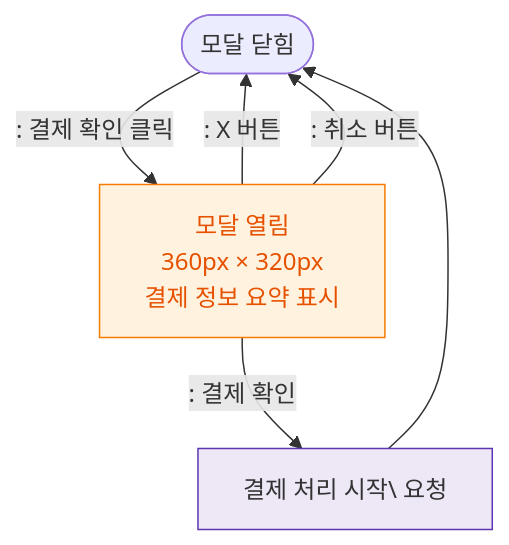
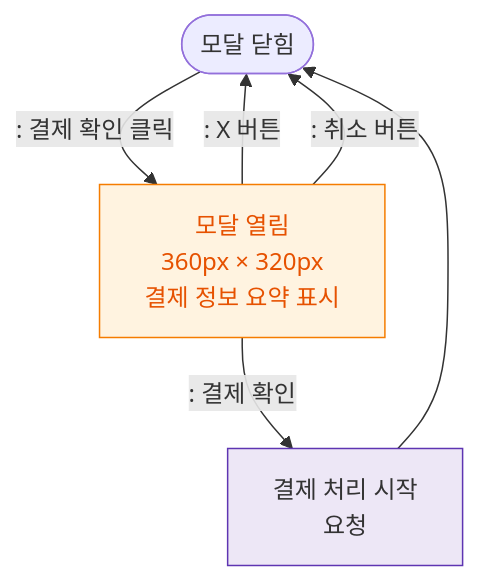
The diagram in docs/admin/다이어그램/D03_매출관리/DLG-S003_결제확인/M1_모달생명주기.md (dev-spogym/admin-pando), drawn with Mermaid before and after one commit. The commit also changed 369 other files, not shown here.

````diff
--- a/docs/admin/다이어그램/D03_매출관리/DLG-S003_결제확인/M1_모달생명주기.md
+++ b/docs/admin/다이어그램/D03_매출관리/DLG-S003_결제확인/M1_모달생명주기.md
@@ -18,17 +18,17 @@
 ```mermaid
 flowchart TD
     CLOSED([모달 닫힘]) -->|": 결제 확인 클릭"|OPEN[모달 열림\n360px × 320px\n결제 정보 요약 표시]
 
-    OPEN -->|": 결제 확인"|PROCESS[결제 처리 시작\ 요청]
+    OPEN -->|": 결제 확인"|PROCESS[결제 처리 시작<br/> 요청]
     OPEN -->|": X 버튼"|CLOSED
     OPEN -->|": 취소 버튼"|CLOSED
 
     PROCESS --> CLOSED
 
     classDef modal fill:#FFF3E0,stroke:#F57C00,color:#E65100
     classDef system fill:#EDE7F6,stroke:#5E35B2
     classDef success fill:#E8F5E9,stroke:#2E7D32,color:#1B5E20
 
     class OPEN modal
     class PROCESS system
 ```
````
